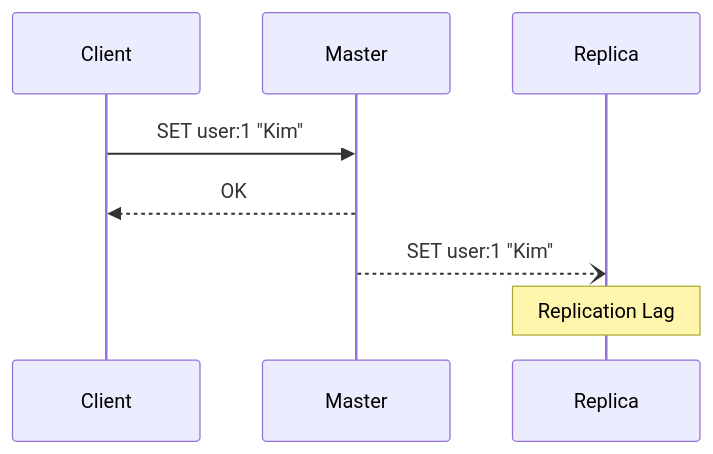
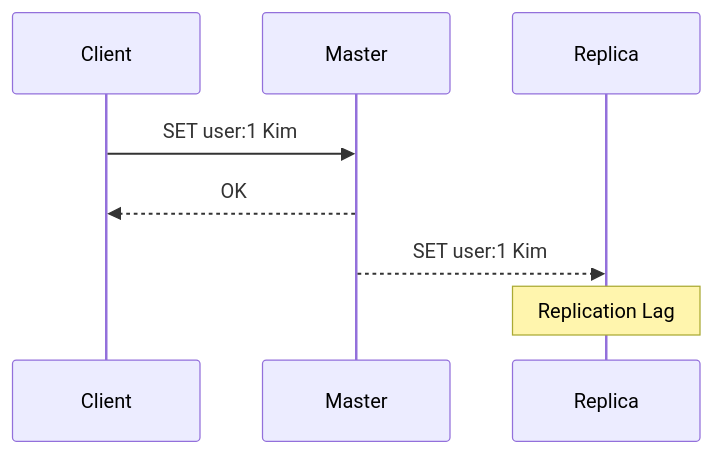
One commit to yjkim2015/yjkim2015.github.io changed the fourth of 9 diagrams in _posts/redis/2026-05-01-redis-replication.md. Above: the diagram before and after it, drawn with Mermaid. The commit also changed other lines of this file and 60 other files, not shown here.

First line of the commit message:
sequenceDiagram 문법 에러 수정 92개

````diff
--- a/_posts/redis/2026-05-01-redis-replication.md
+++ b/_posts/redis/2026-05-01-redis-replication.md
@@ -106,10 +106,10 @@
 ```mermaid
 sequenceDiagram
     participant C as Client
     participant M as Master
     participant R1 as Replica
-    C->>M: SET user:1 "Kim"
+    C->>M: SET user:1 Kim
     M-->>C: OK
-    M--)R1: SET user:1 "Kim"
+    M-->>R1: SET user:1 Kim
     Note over R1: Replication Lag
 ```
````
